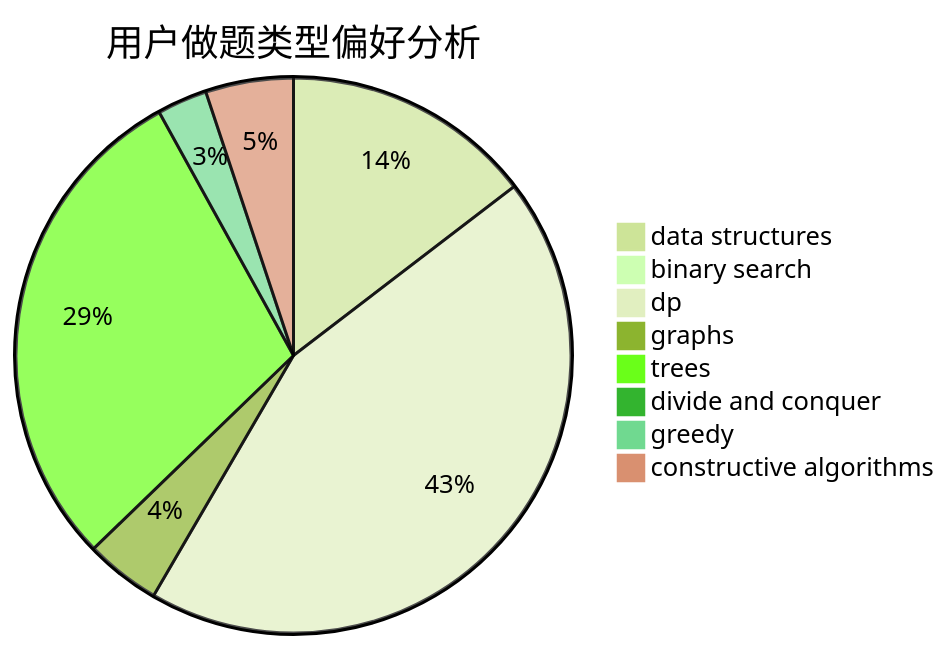
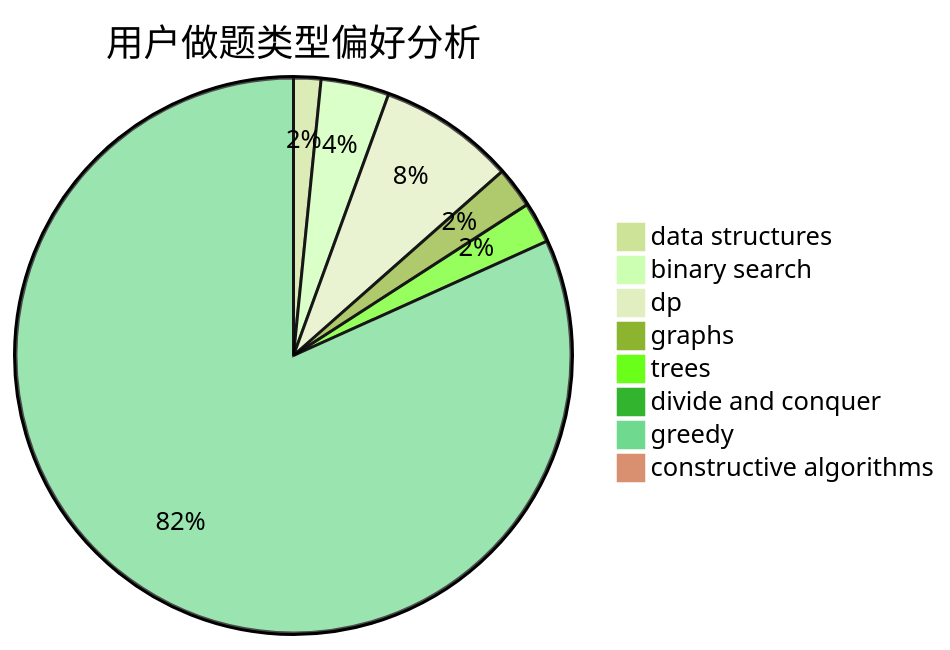
The second of 3 diagrams in docs/user/u2765.md (sherpahu/cfrs.github.io), drawn with Mermaid (forest theme) before and after one commit. The commit also changed other lines of this file and 2770 other files, not shown here.

````diff
--- a/docs/user/u2765.md
+++ b/docs/user/u2765.md
@@ -23,11 +23,11 @@
 ```mermaid
 pie title 用户做题类型偏好分析
-    "data structures" :  20
-    "binary search" :  1
-    "dp" :  60
-    "graphs" :  6
-    "trees" :  40
+    "data structures" :  2
+    "binary search" :  5
+    "dp" :  10
+    "graphs" :  3
+    "trees" :  3
     "divide and conquer" :  0
-    "greedy" :  4
-    "constructive algorithms" :  7
+    "greedy" :  103
+    "constructive algorithms" :  0
 ```
````
